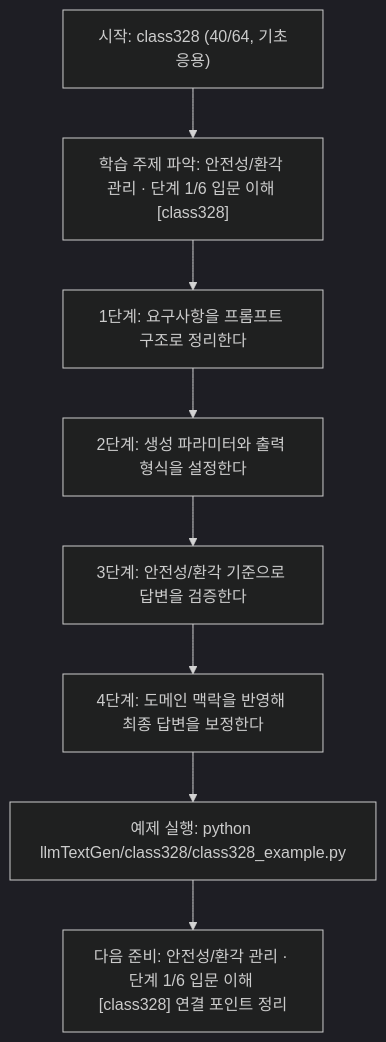
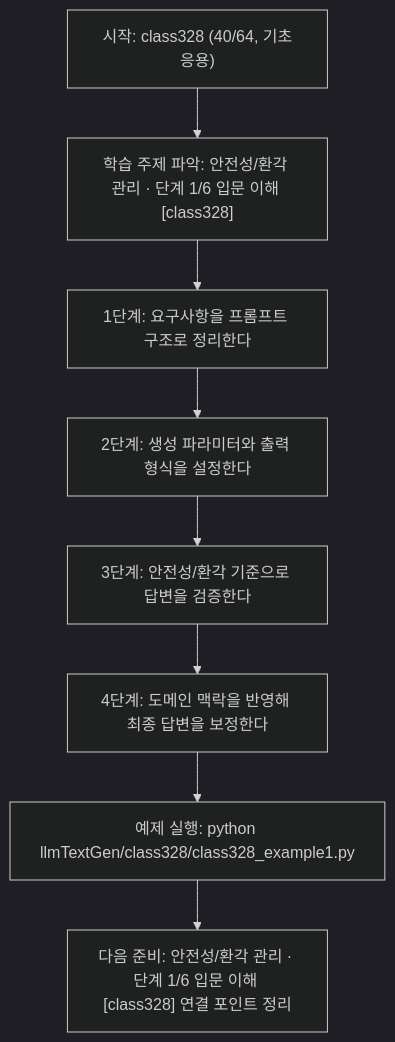
One commit to edumgt/Python-AI_Agent-Class changed the diagram in llmTextGen/class328/class328.md. Above: the diagram before and after it, drawn with Mermaid (dark theme). The commit also changed other lines of this file and 2959 other files, not shown here.

````diff
--- a/llmTextGen/class328/class328.md
+++ b/llmTextGen/class328/class328.md
@@ -114,18 +114,18 @@
 ```mermaid
 flowchart TD
 N1["시작: class328 (40/64, 기초응용)"]
 N2["학습 주제 파악: 안전성/환각 관리 · 단계 1/6 입문 이해 [class328]"]
 N3["1단계: 요구사항을 프롬프트 구조로 정리한다"]
 N4["2단계: 생성 파라미터와 출력 형식을 설정한다"]
 N5["3단계: 안전성/환각 기준으로 답변을 검증한다"]
 N6["4단계: 도메인 맥락을 반영해 최종 답변을 보정한다"]
-N7["예제 실행: python llmTextGen/class328/class328_example.py"]
+N7["예제 실행: python llmTextGen/class328/class328_example1.py"]
 N8["다음 준비: 안전성/환각 관리 · 단계 1/6 입문 이해 [class328] 연결 포인트 정리"]
 N1 --> N2
 N2 --> N3
 N3 --> N4
 N4 --> N5
 N5 --> N6
 N6 --> N7
 N7 --> N8
 ```
````
